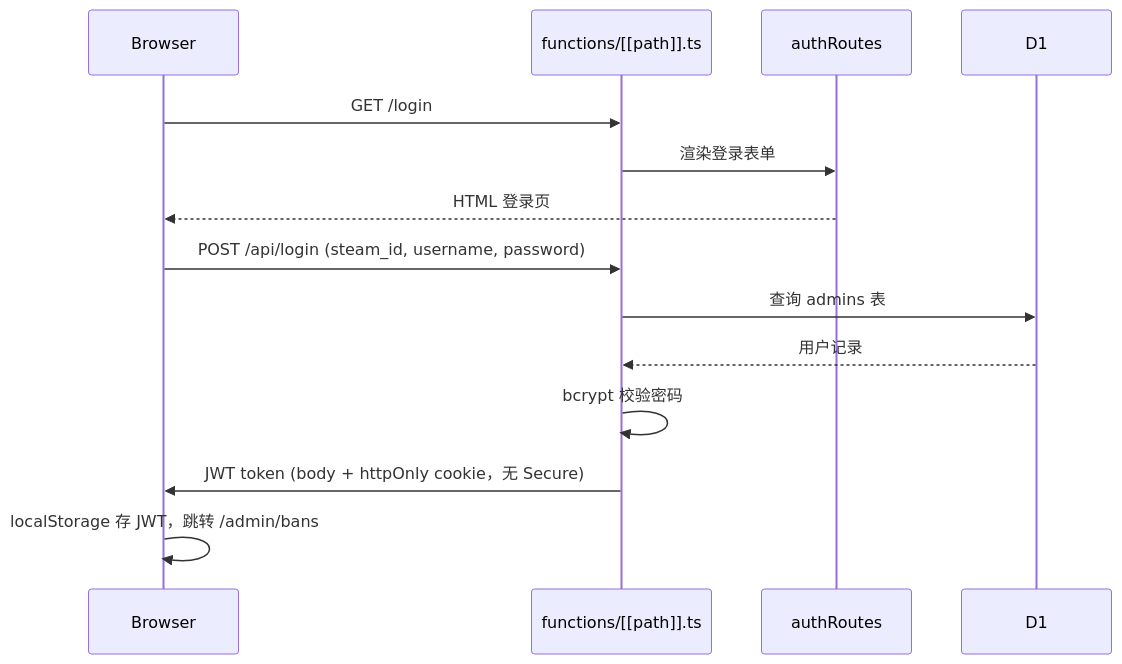
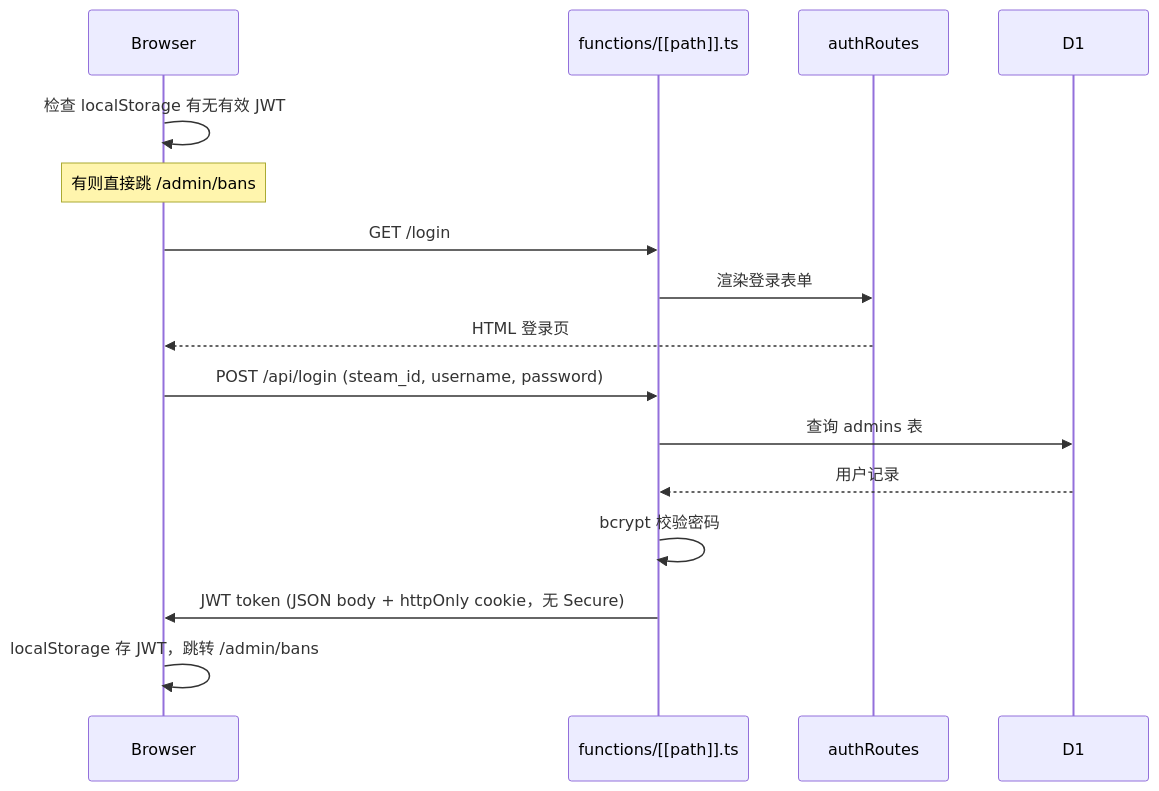
One commit to qingranawa/jdcf-ban-list changed the first of 5 diagrams in docs/project-knowledge/architecture.md. Above: the diagram before and after it, drawn with Mermaid. The commit also changed other lines of this file and 5 other files, not shown here.

````diff
--- a/docs/project-knowledge/architecture.md
+++ b/docs/project-knowledge/architecture.md
@@ -54,16 +55,18 @@
 ```mermaid
 sequenceDiagram
     participant Browser
     participant Server as functions/[[path]].ts
     participant Auth as authRoutes
     participant DB as D1
+    Browser->>Browser: 检查 localStorage 有无有效 JWT
+    Note over Browser: 有则直接跳 /admin/bans
     Browser->>Server: GET /login
     Server->>Auth: 渲染登录表单
     Auth-->>Browser: HTML 登录页
     Browser->>Server: POST /api/login (steam_id, username, password)
     Server->>DB: 查询 admins 表
     DB-->>Server: 用户记录
     Server->>Server: bcrypt 校验密码
-    Server->>Browser: JWT token (body + httpOnly cookie，无 Secure)
+    Server->>Browser: JWT token (JSON body + httpOnly cookie，无 Secure)
     Browser->>Browser: localStorage 存 JWT，跳转 /admin/bans
 ```
````
